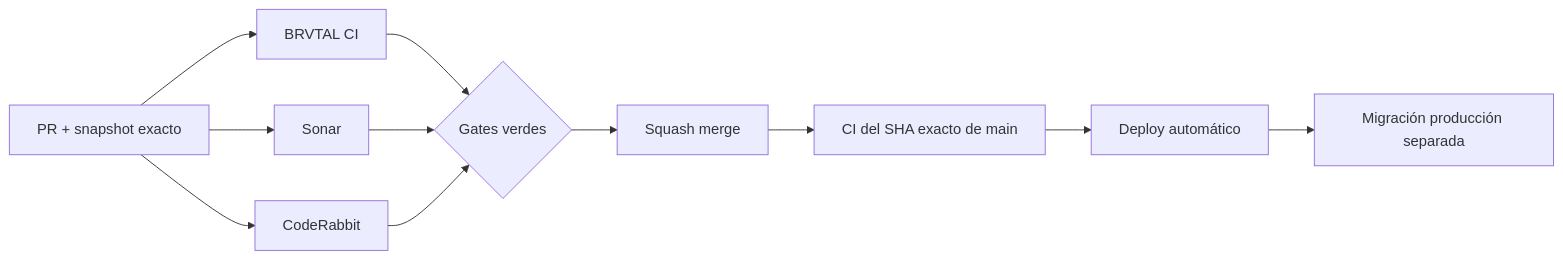
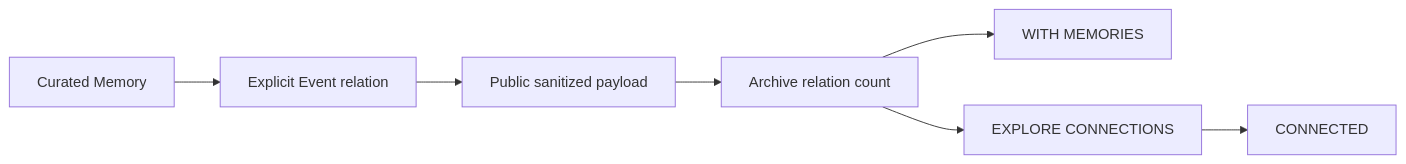
One commit to pl0n3r/brvtal changed the diagram in README.md. Above: the diagram before and after it, drawn with Mermaid. The commit also changed other lines of this file, not shown here.

Commit message:
docs: snapshot Archive Memory connections

````diff
--- a/README.md
+++ b/README.md
@@ -31,13 +31,9 @@
 ```mermaid
 flowchart LR
-    A["PR + snapshot exacto"] --> B["BRVTAL CI"]
-    A --> C["Sonar"]
-    A --> D["CodeRabbit"]
-    B --> E{"Gates verdes"}
-    C --> E
-    D --> E
-    E --> F["Squash merge"]
-    F --> G["CI del SHA exacto de main"]
-    G --> H["Deploy automático"]
-    H --> I["Migración producción separada"]
+    A["Curated Memory"] --> B["Explicit Event relation"]
+    B --> C["Public sanitized payload"]
+    C --> D["Archive relation count"]
+    D --> E["WITH MEMORIES"]
+    D --> F["EXPLORE CONNECTIONS"]
+    F --> G["CONNECTED"]
 ```
````
